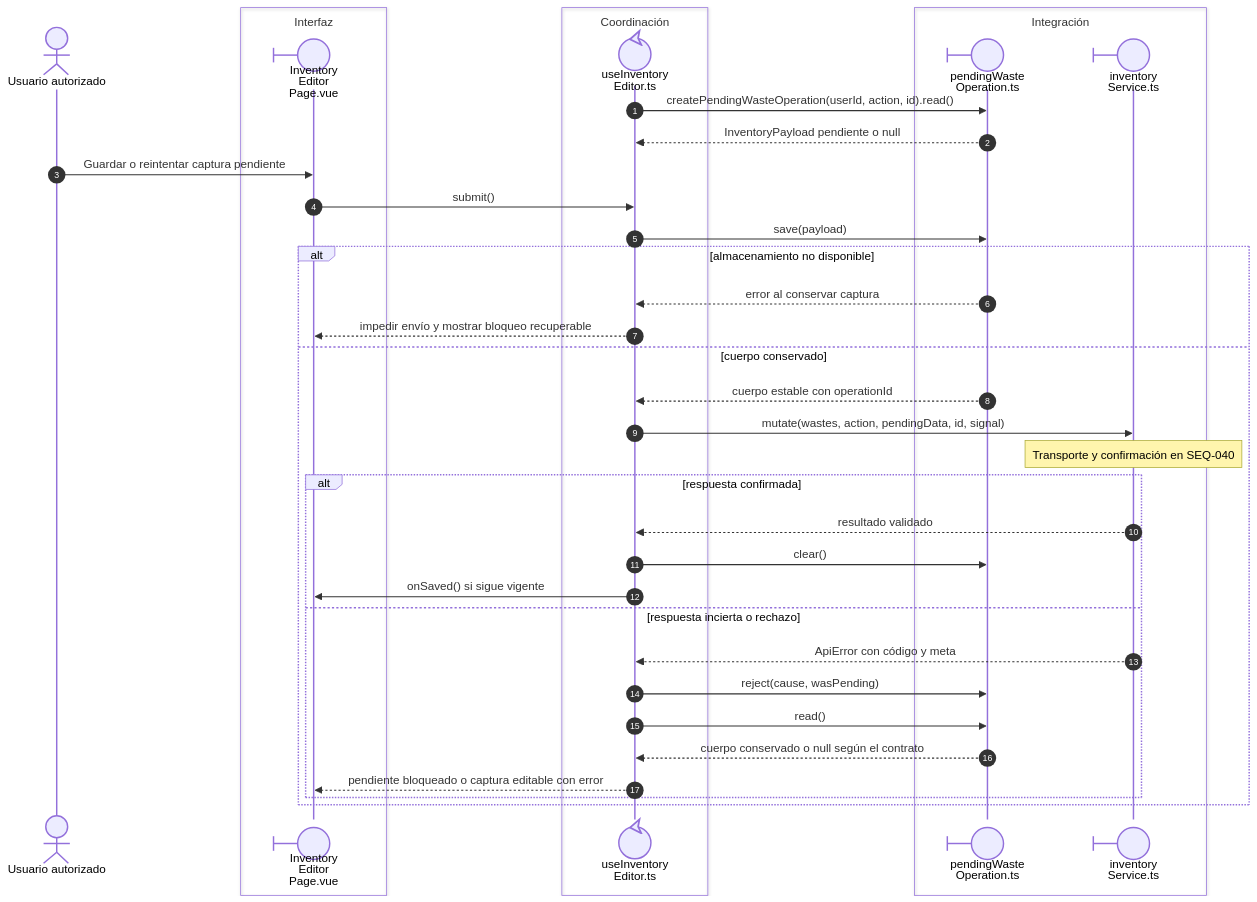
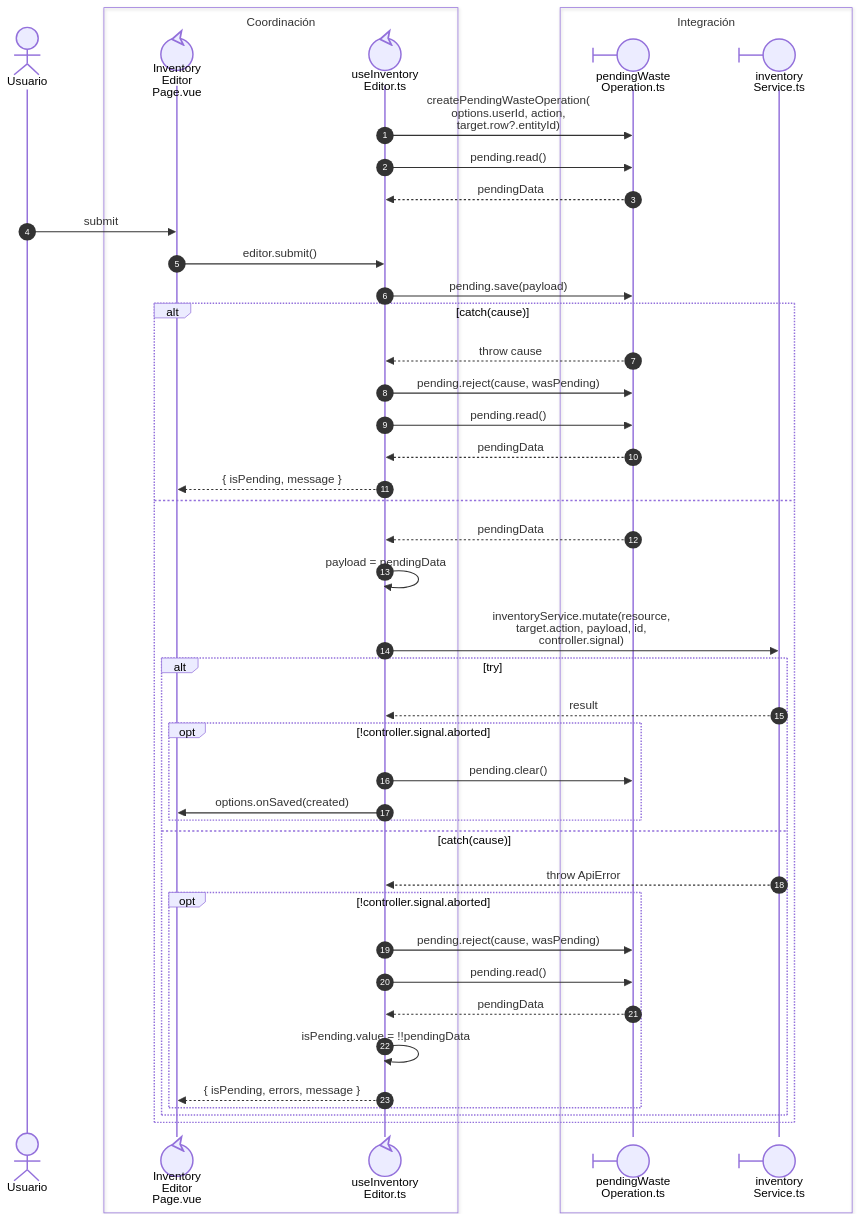
One commit to gpgsistemas01/nexus changed the diagram in front/docs/architecture/views/processes/05-warehouse/02-waste-pending.md. Above: the diagram before and after it, drawn with Mermaid. The commit also changed other lines of this file and 43 other files, not shown here.

Commit message:
docs: reflejar código y roles en secuencias Vue

````diff
--- a/front/docs/architecture/views/processes/05-warehouse/02-waste-pending.md
+++ b/front/docs/architecture/views/processes/05-warehouse/02-waste-pending.md
@@ -13,39 +9,46 @@
 ```mermaid
 sequenceDiagram
     autonumber
-    actor U as Usuario autorizado
-    box Interfaz
-    participant Page@{ "type": "boundary" } as Inventory<br/>Editor<br/>Page.vue
-    end
+    actor U as Usuario
     box Coordinación
+    participant Page@{ "type": "control" } as Inventory<br/>Editor<br/>Page.vue
     participant Editor@{ "type": "control" } as useInventory<br/>Editor.ts
     end
     box Integración
     participant Pending@{ "type": "boundary" } as pendingWaste<br/>Operation.ts
     participant Service@{ "type": "boundary" } as inventory<br/>Service.ts
     end
-    Editor->>Pending: createPendingWasteOperation(userId, action, id).read()
-    Pending-->>Editor: InventoryPayload pendiente o null
-    U->>Page: Guardar o reintentar captura pendiente
-    Page->>Editor: submit()
-    Editor->>Pending: save(payload)
-    alt almacenamiento no disponible
-        Pending-->>Editor: error al conservar captura
-        Editor-->>Page: impedir envío y mostrar bloqueo recuperable
-    else cuerpo conservado
-        Pending-->>Editor: cuerpo estable con operationId
-        Editor->>Service: mutate(wastes, action, pendingData, id, signal)
-        Note over Service: Transporte y confirmación en SEQ-040
-        alt respuesta confirmada
-            Service-->>Editor: resultado validado
-            Editor->>Pending: clear()
-            Editor->>Page: onSaved() si sigue vigente
-        else respuesta incierta o rechazo
-            Service-->>Editor: ApiError con código y meta
-            Editor->>Pending: reject(cause, wasPending)
-            Editor->>Pending: read()
-            Pending-->>Editor: cuerpo conservado o null según el contrato
-            Editor-->>Page: pendiente bloqueado o captura editable con error
+    Editor->>Pending: nowrap: createPendingWasteOperation(<br/>options.userId, action,<br/>target.row?.entityId)
+    Editor->>Pending: nowrap: pending.read()
+    Pending-->>Editor: nowrap: pendingData
+    U->>Page: nowrap: submit
+    Page->>Editor: nowrap: editor.submit()
+    Editor->>Pending: nowrap: pending.save(payload)
+    alt nowrap: catch(cause)
+        Pending-->>Editor: nowrap: throw cause
+        Editor->>Pending: nowrap: pending.reject(cause, wasPending)
+        Editor->>Pending: nowrap: pending.read()
+        Pending-->>Editor: nowrap: pendingData
+        Editor-->>Page: nowrap: { isPending, message }
+    else
+        Pending-->>Editor: nowrap: pendingData
+        Editor->>Editor: nowrap: payload = pendingData
+        Editor->>Service: nowrap: inventoryService.mutate(resource,<br/>target.action, payload, id,<br/>controller.signal)
+        alt nowrap: try
+            Service-->>Editor: nowrap: result
+            opt nowrap: !controller.signal.aborted
+                Editor->>Pending: nowrap: pending.clear()
+                Editor->>Page: nowrap: options.onSaved(created)
+            end
+        else nowrap: catch(cause)
+            Service-->>Editor: nowrap: throw ApiError
+            opt nowrap: !controller.signal.aborted
+                Editor->>Pending: nowrap: pending.reject(cause, wasPending)
+                Editor->>Pending: nowrap: pending.read()
+                Pending-->>Editor: nowrap: pendingData
+                Editor->>Editor: nowrap: isPending.value = !!pendingData
+                Editor-->>Page: nowrap: { isPending, errors, message }
+            end
         end
     end
 ```
````
